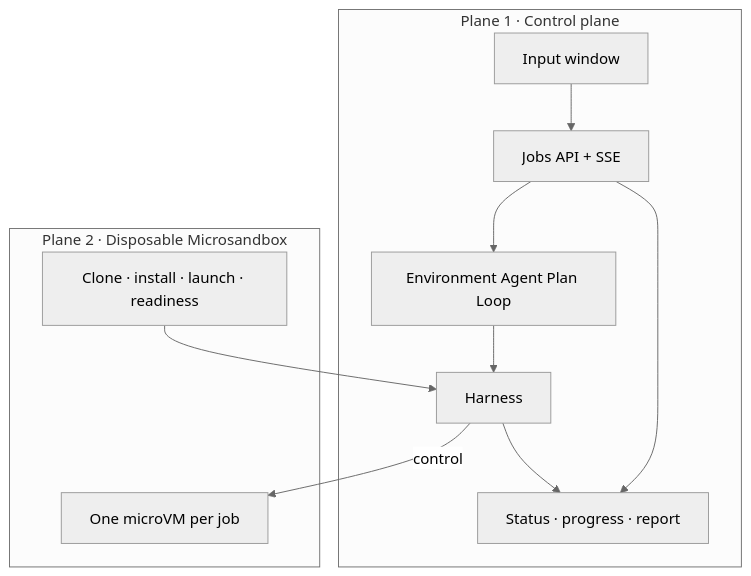
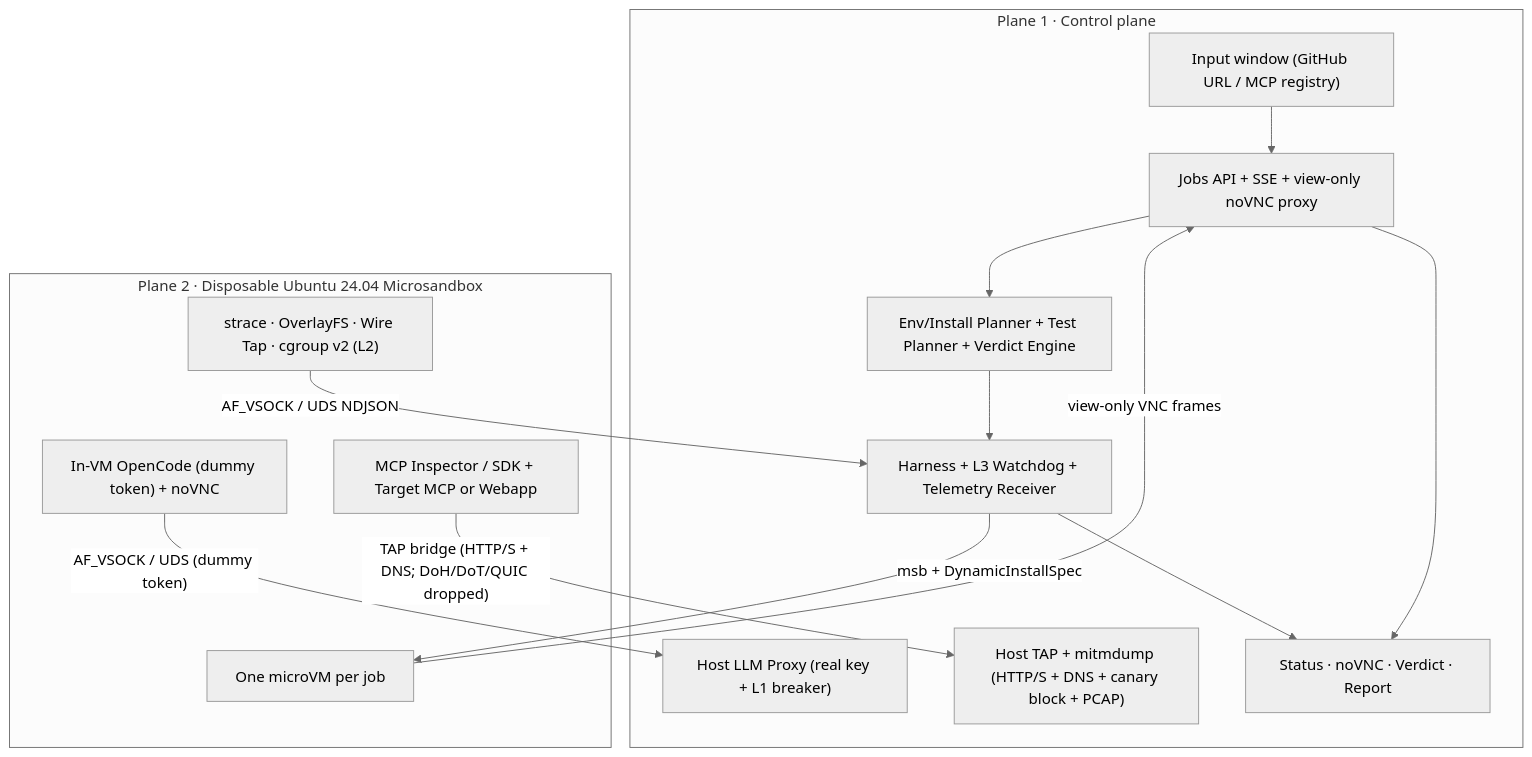
The first of 6 diagrams in ARCHITECTURE.md (ludvigodin/killhub), drawn with Mermaid (neutral theme) before and after one commit. The commit also changed other lines of this file and 35 other files, not shown here.

````diff
--- a/ARCHITECTURE.md
+++ b/ARCHITECTURE.md
@@ -41,23 +49,30 @@
 ```mermaid
 flowchart TB
   subgraph plane1 ["Plane 1 · Control plane"]
-    Input["Input window"]
-    Jobs["Jobs API + SSE"]
-    Loop["Environment Agent Plan Loop"]
-    Harness["Harness"]
-    Status["Status · progress · report"]
+    Input["Input window (GitHub URL / MCP registry)"]
+    Jobs["Jobs API + SSE + view-only noVNC proxy"]
+    Planners["Env/Install Planner + Test Planner + Verdict Engine"]
+    LLMProxy["Host LLM Proxy (real key + L1 breaker)"]
+    NetMon["Host TAP + mitmdump (HTTP/S + DNS + canary block + PCAP)"]
+    Harness["Harness + L3 Watchdog + Telemetry Receiver"]
+    Status["Status · noVNC · Verdict · Report"]
   end
 
-  subgraph plane2 ["Plane 2 · Disposable Microsandbox"]
+  subgraph plane2 ["Plane 2 · Disposable Ubuntu 24.04 Microsandbox"]
     VM["One microVM per job"]
-    Run["Clone · install · launch · readiness"]
+    Victim["In-VM OpenCode (dummy token) + noVNC"]
+    Target["MCP Inspector / SDK + Target MCP or Webapp"]
+    Sensors["strace · OverlayFS · Wire Tap · cgroup v2 (L2)"]
   end
 
   Input --> Jobs
-  Jobs --> Loop
-  Loop --> Harness
-  Harness -->|"control"| VM
-  Run --> Harness
+  Jobs --> Planners
+  Planners --> Harness
+  Harness -->|"msb + DynamicInstallSpec"| VM
+  Victim -->|"AF_VSOCK / UDS (dummy token)"| LLMProxy
+  Sensors -->|"AF_VSOCK / UDS NDJSON"| Harness
+  Target -->|"TAP bridge (HTTP/S + DNS; DoH/DoT/QUIC dropped)"| NetMon
+  VM -->|"view-only VNC frames"| Jobs
   Harness --> Status
   Jobs --> Status
 ```
````
